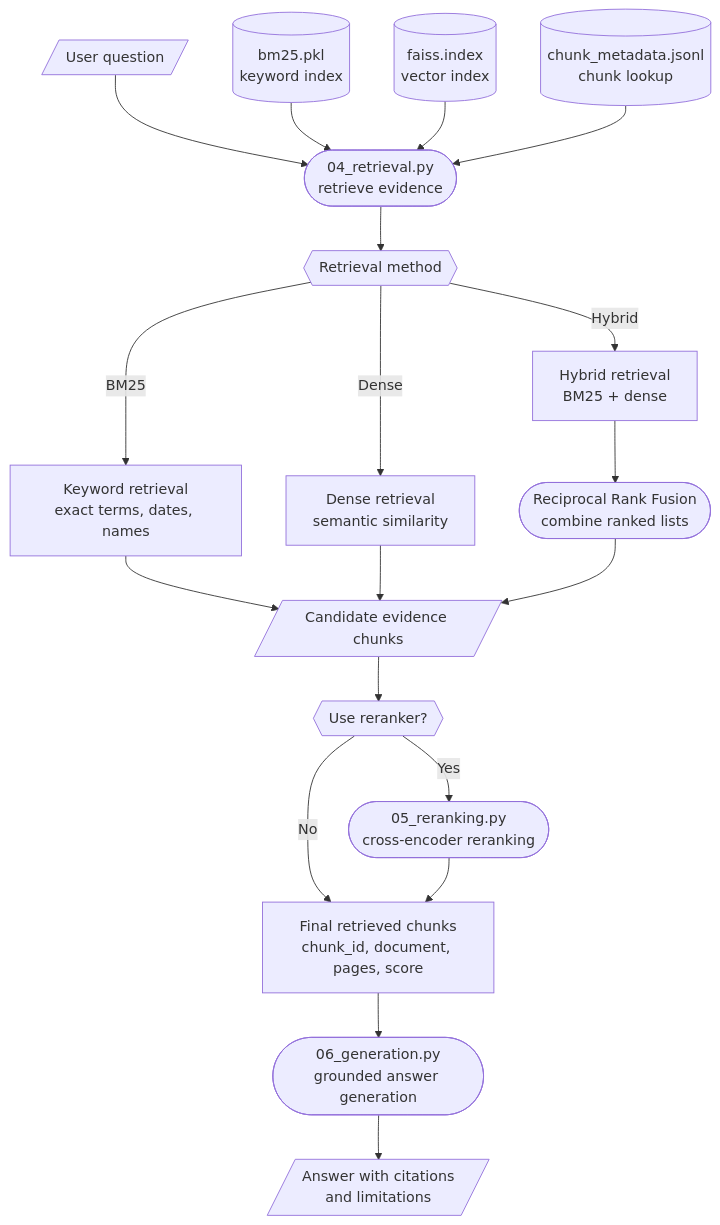
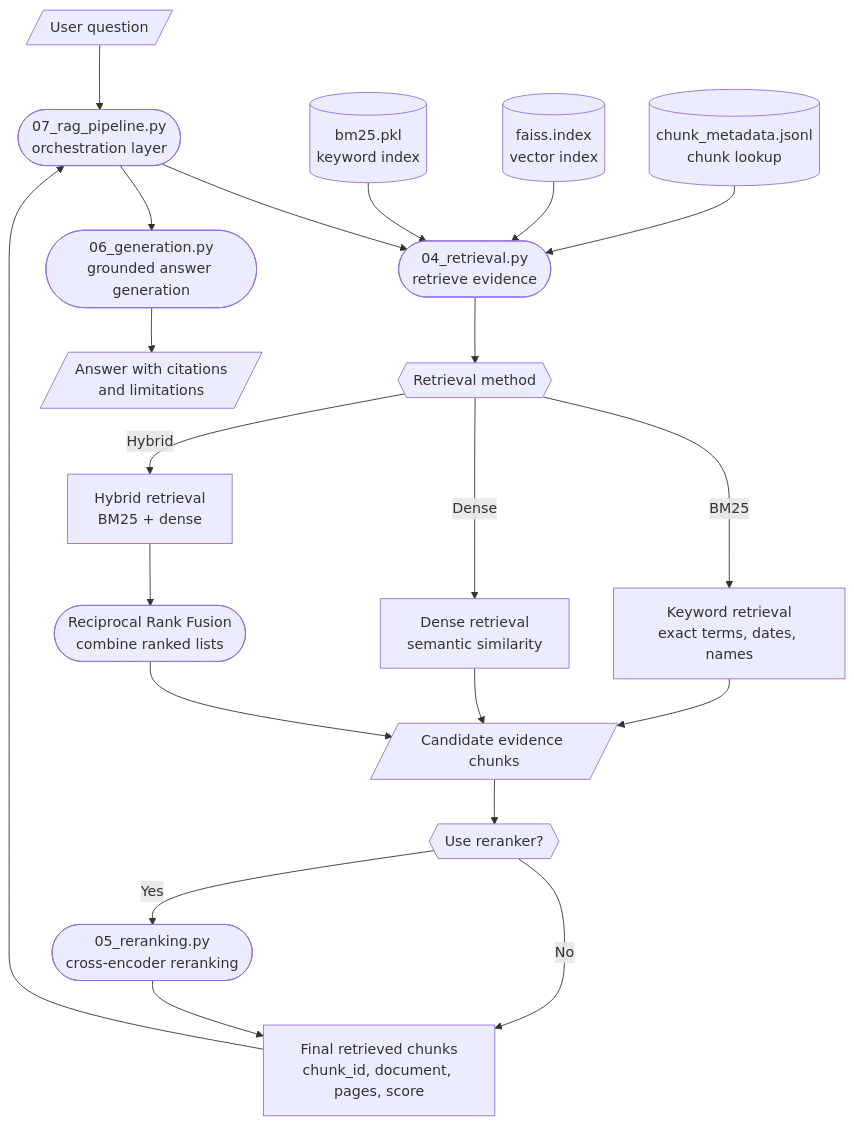
Before and after one commit to RegNLP/FinanceRAG-mini: the second of 2 diagrams in README.md, drawn with Mermaid. The commit also changed other lines of this file and 1 other file, not shown here.

````diff
--- a/README.md
+++ b/README.md
@@ -50,26 +50,28 @@
 ```mermaid
 flowchart TD
-    Q[/User question/] --> R([04_retrieval.py<br/>retrieve evidence])
+    Q[/User question/] --> PIPE([07_rag_pipeline.py<br/>orchestration layer])
+    PIPE --> R([04_retrieval.py<br/>retrieve evidence])
 
     B[(bm25.pkl<br/>keyword index)] --> R
     F[(faiss.index<br/>vector index)] --> R
     M[(chunk_metadata.jsonl<br/>chunk lookup)] --> R
 
     R --> C{{Retrieval method}}
 
     C -->|BM25| K[Keyword retrieval<br/>exact terms, dates, names]
     C -->|Dense| D[Dense retrieval<br/>semantic similarity]
     C -->|Hybrid| H[Hybrid retrieval<br/>BM25 + dense]
 
     K --> O[/Candidate evidence chunks/]
     D --> O
     H --> X([Reciprocal Rank Fusion<br/>combine ranked lists])
     X --> O
 
     O --> RR{{Use reranker?}}
     RR -->|No| P[Final retrieved chunks<br/>chunk_id, document, pages, score]
     RR -->|Yes| RE([05_reranking.py<br/>cross-encoder reranking])
     RE --> P
-    P --> GEN([06_generation.py<br/>grounded answer generation])
+    P --> PIPE
+    PIPE --> GEN([06_generation.py<br/>grounded answer generation])
     GEN --> A[/Answer with citations<br/>and limitations/]
 ```
````
